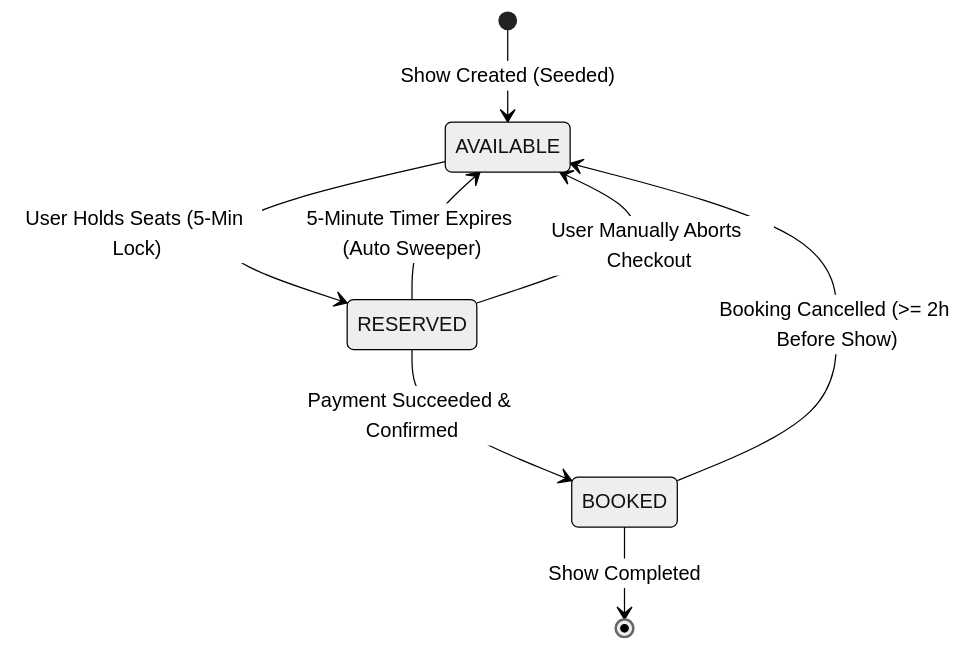
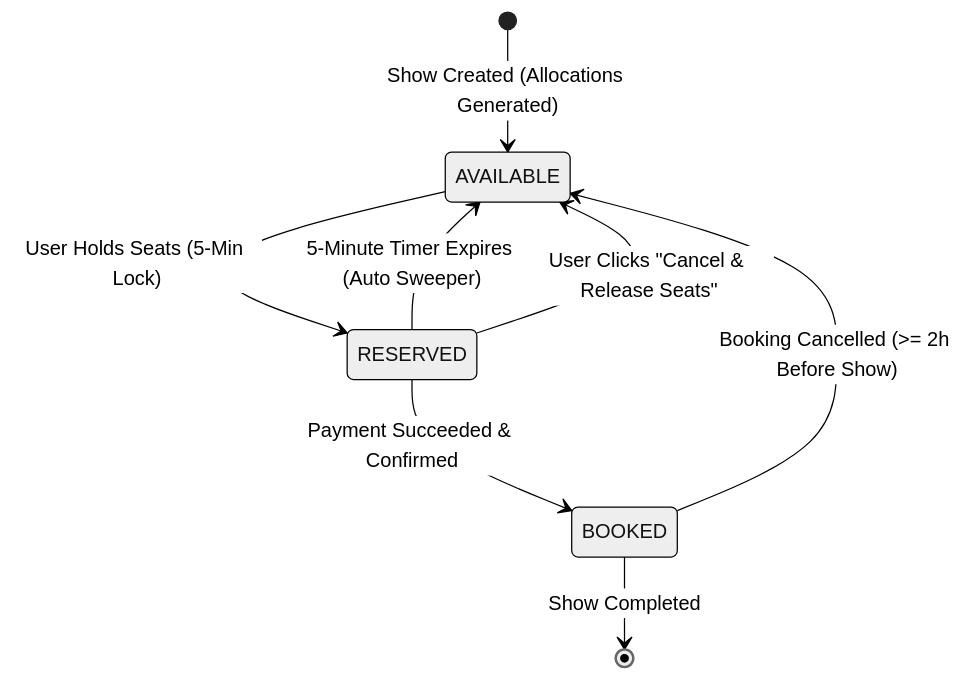
One commit to Puneet-26/ShowBook changed the second of 2 diagrams in ARCHITECTURE_AND_WORKFLOW.md. Above: the diagram before and after it, drawn with Mermaid (neutral theme). The commit also changed other lines of this file and 1 other file, not shown here.

Commit message:
docs: comprehensive update of README and ARCHITECTURE_AND_WORKFLOW specifications

````diff
--- a/ARCHITECTURE_AND_WORKFLOW.md
+++ b/ARCHITECTURE_AND_WORKFLOW.md
@@ -286,10 +295,10 @@
 ```mermaid
 stateDiagram-v2
-    [*] --> AVAILABLE : Show Created (Seeded)
+    [*] --> AVAILABLE : Show Created (Allocations Generated)
     AVAILABLE --> RESERVED : User Holds Seats (5-Min Lock)
     RESERVED --> AVAILABLE : 5-Minute Timer Expires (Auto Sweeper)
-    RESERVED --> AVAILABLE : User Manually Aborts Checkout
+    RESERVED --> AVAILABLE : User Clicks "Cancel & Release Seats"
     RESERVED --> BOOKED : Payment Succeeded & Confirmed
     BOOKED --> AVAILABLE : Booking Cancelled (>= 2h Before Show)
     BOOKED --> [*] : Show Completed
 ```
````
